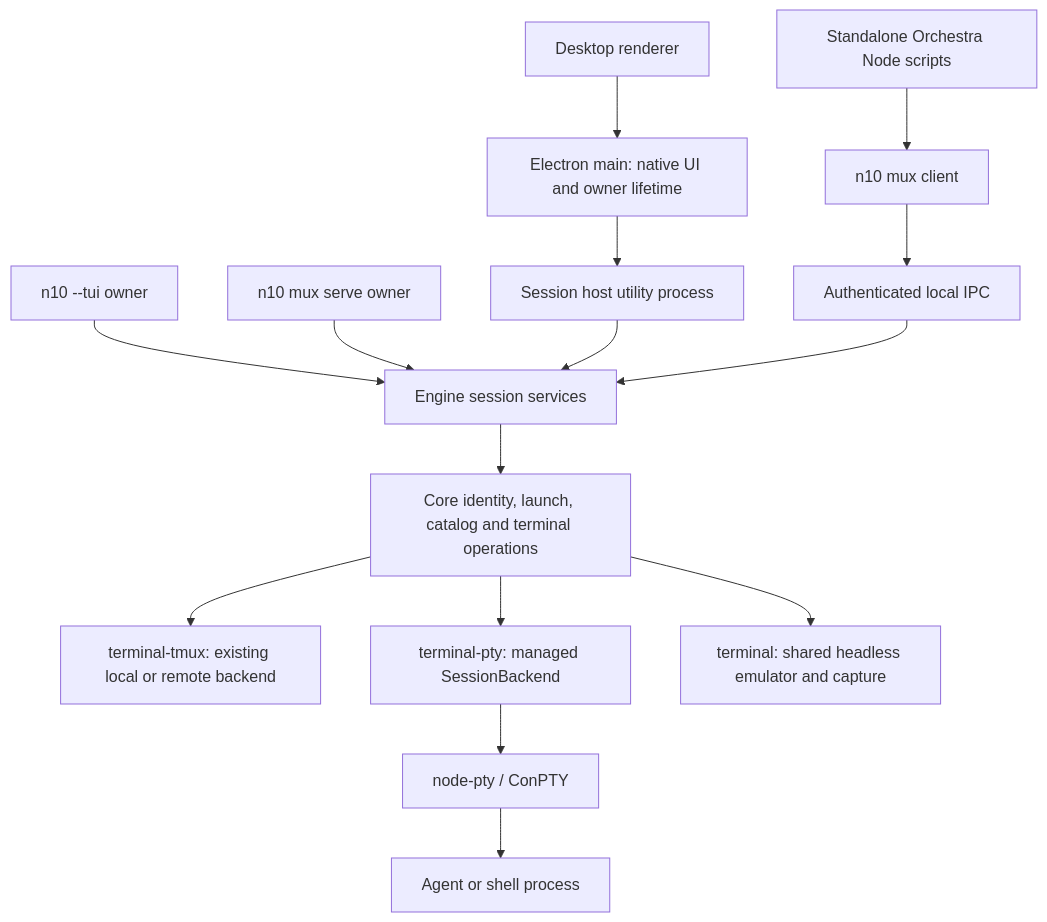
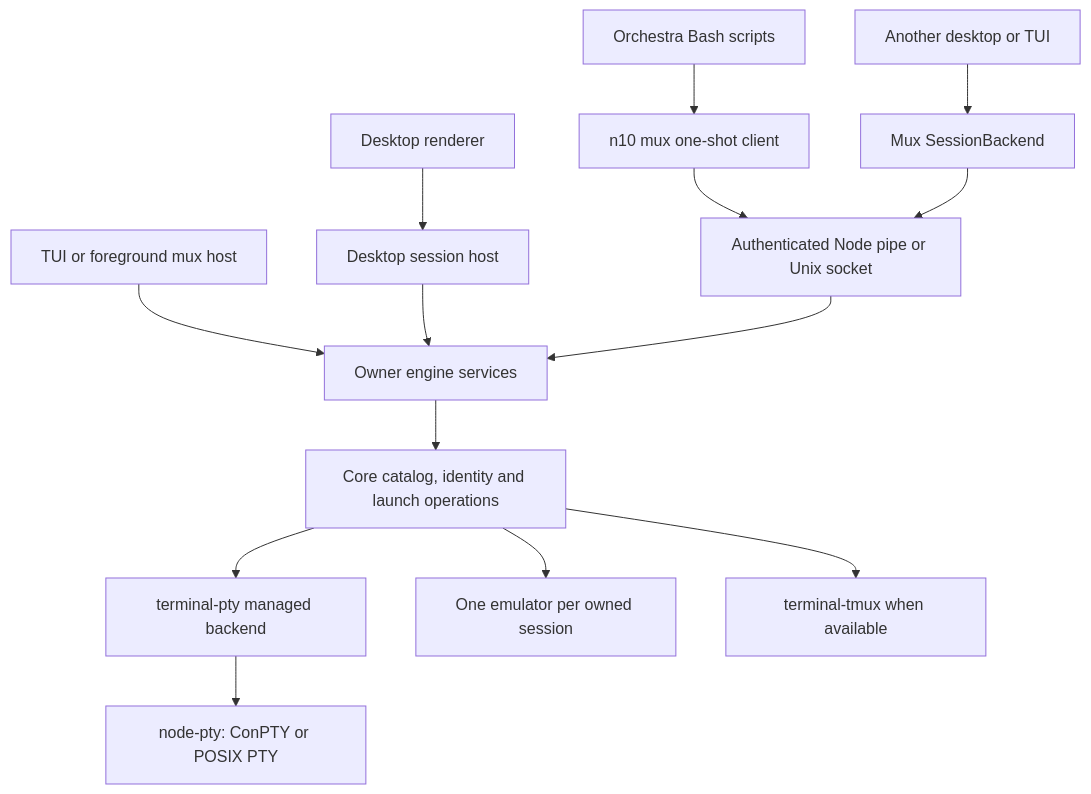
One commit to notaharness/n10 changed the first of 3 diagrams in docs/design/windows-support.md. Above: the diagram before and after it, drawn with Mermaid. The commit also changed other lines of this file, not shown here.

Commit message:
docs(design): simplify Windows session ownership and integration

````diff
--- a/docs/design/windows-support.md
+++ b/docs/design/windows-support.md
@@ -99,17 +89,16 @@
 ```mermaid
 flowchart TD
-  UI[Desktop renderer] --> Main[Electron main: native UI and owner lifetime]
-  Main --> Host[Session host utility process]
-  TUI[n10 --tui owner] --> Engine[Engine session services]
-  Head[n10 mux serve owner] --> Engine
+  UI[Desktop renderer] --> Host[Desktop session host]
+  TUI[TUI or foreground mux host] --> Engine[Owner engine services]
   Host --> Engine
-  Orch[Standalone Orchestra Node scripts] --> Client[n10 mux client]
-  Client --> IPC[Authenticated local IPC]
+  Bash[Orchestra Bash scripts] --> CLI[n10 mux one-shot client]
+  Other[Another desktop or TUI] --> Client[Mux SessionBackend]
+  CLI --> IPC[Authenticated Node pipe or Unix socket]
+  Client --> IPC
   IPC --> Engine
-  Engine --> Core[Core identity, launch, catalog and terminal operations]
-  Core --> TMUX[terminal-tmux: existing local or remote backend]
-  Core --> PTY[terminal-pty: managed SessionBackend]
-  PTY --> ConPTY[node-pty / ConPTY]
-  ConPTY --> Agent[Agent or shell process]
-  Core --> Emu[terminal: shared headless emulator and capture]
+  Engine --> Core[Core catalog, identity and launch operations]
+  Core --> PTY[terminal-pty managed backend]
+  PTY --> Native[node-pty: ConPTY or POSIX PTY]
+  Core --> Emu[One emulator per owned session]
+  Core --> TMUX[terminal-tmux when available]
 ```
````
